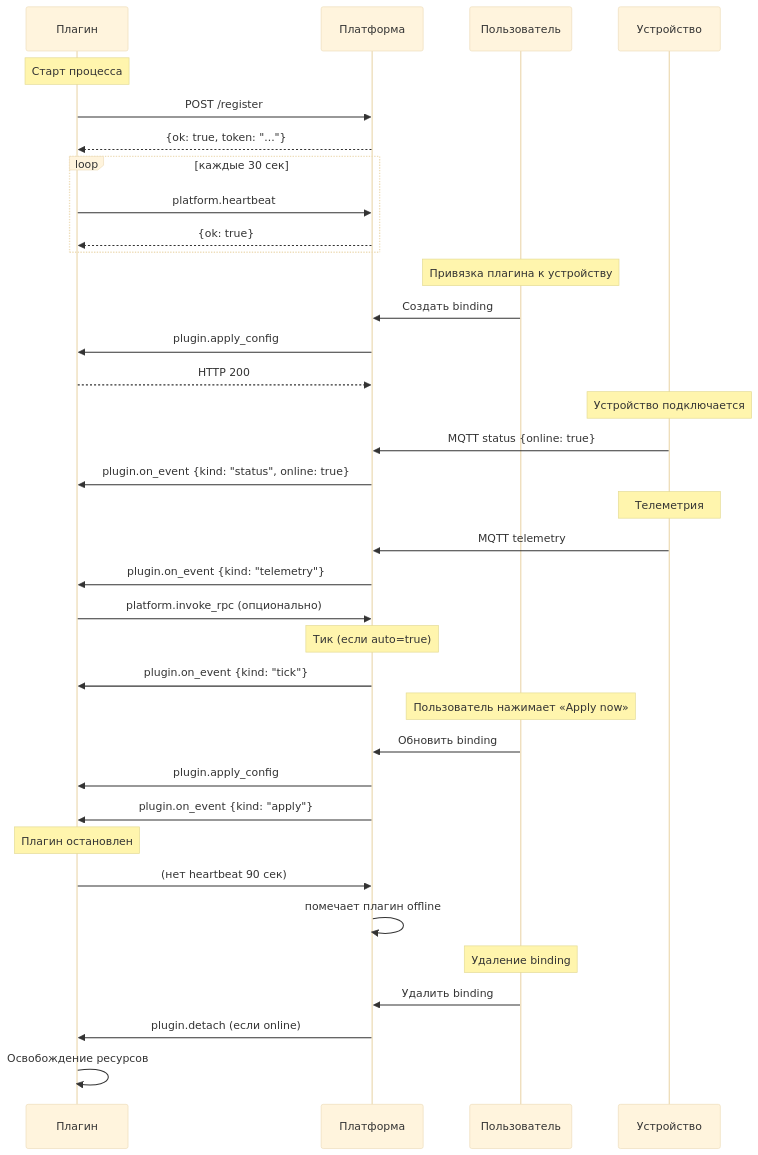
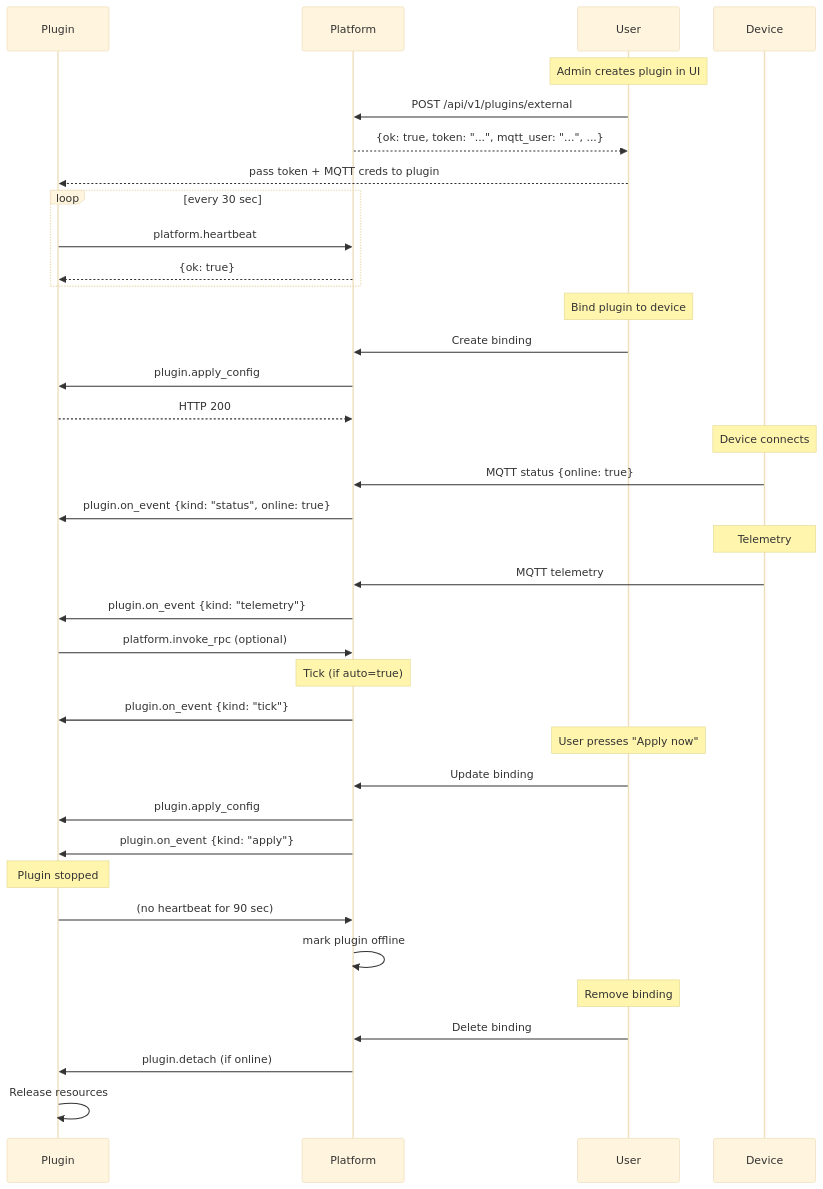
Before and after one commit to darvik80/iot-platform-go: the seventh of 9 diagrams in docs/en/14-diagrams.md, drawn with Mermaid (base theme). The commit also changed other lines of this file and 27 other files, not shown here.

````diff
--- a/docs/en/14-diagrams.md
+++ b/docs/en/14-diagrams.md
@@ -231,47 +239,48 @@
 ```mermaid
 sequenceDiagram
-    participant Pl as Плагин
-    participant P as Платформа
-    participant U as Пользователь
-    participant D as Устройство
+    participant Pl as Plugin
+    participant P as Platform
+    participant U as User
+    participant D as Device
 
-    Note over Pl: Старт процесса
-    Pl->>P: POST /register
-    P-->>Pl: {ok: true, token: "..."}
+    Note over U: Admin creates plugin in UI
+    U->>P: POST /api/v1/plugins/external
+    P-->>U: {ok: true, token: "...", mqtt_user: "...", ...}
+    U-->>Pl: pass token + MQTT creds to plugin
 
-    loop каждые 30 сек
+    loop every 30 sec
         Pl->>P: platform.heartbeat
         P-->>Pl: {ok: true}
     end
 
-    Note over U: Привязка плагина к устройству
-    U->>P: Создать binding
+    Note over U: Bind plugin to device
+    U->>P: Create binding
     P->>Pl: plugin.apply_config
     Pl-->>P: HTTP 200
 
-    Note over D: Устройство подключается
+    Note over D: Device connects
     D->>P: MQTT status {online: true}
     P->>Pl: plugin.on_event {kind: "status", online: true}
 
-    Note over D: Телеметрия
+    Note over D: Telemetry
     D->>P: MQTT telemetry
     P->>Pl: plugin.on_event {kind: "telemetry"}
-    Pl->>P: platform.invoke_rpc (опционально)
+    Pl->>P: platform.invoke_rpc (optional)
 
-    Note over P: Тик (если auto=true)
+    Note over P: Tick (if auto=true)
     P->>Pl: plugin.on_event {kind: "tick"}
 
-    Note over U: Пользователь нажимает «Apply now»
-    U->>P: Обновить binding
+    Note over U: User presses "Apply now"
+    U->>P: Update binding
     P->>Pl: plugin.apply_config
     P->>Pl: plugin.on_event {kind: "apply"}
 
-    Note over Pl: Плагин остановлен
-    Pl->>P: (нет heartbeat 90 сек)
-    P->>P: помечает плагин offline
+    Note over Pl: Plugin stopped
+    Pl->>P: (no heartbeat for 90 sec)
+    P->>P: mark plugin offline
 
-    Note over U: Удаление binding
-    U->>P: Удалить binding
-    P->>Pl: plugin.detach (если online)
-    Pl->>Pl: Освобождение ресурсов
+    Note over U: Remove binding
+    U->>P: Delete binding
+    P->>Pl: plugin.detach (if online)
+    Pl->>Pl: Release resources
 ```
````
